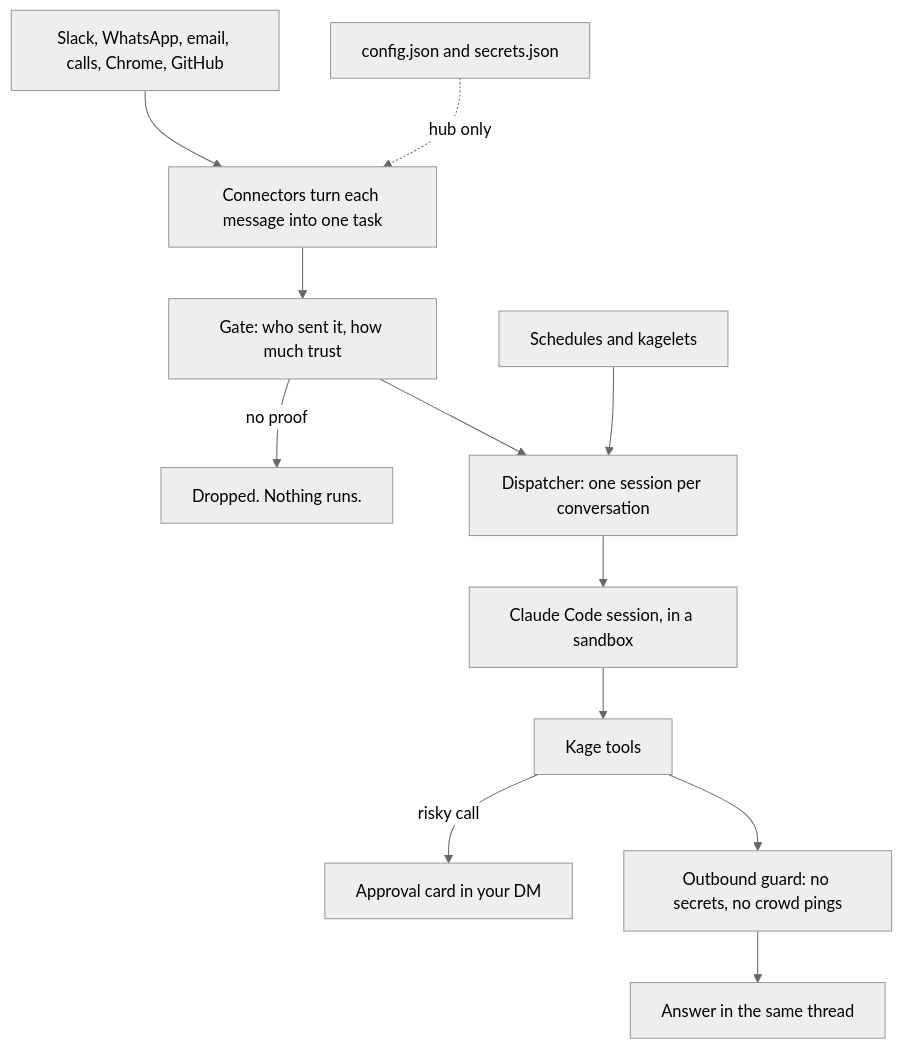
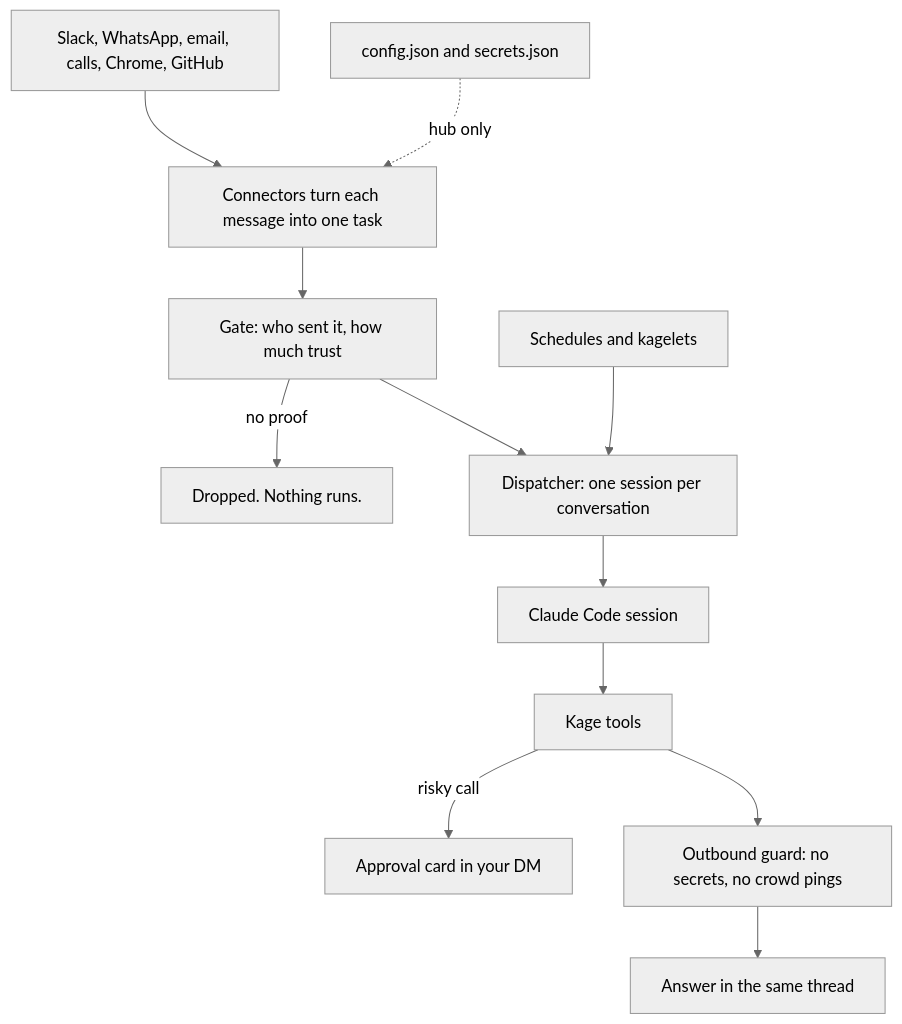
The diagram in docs/concepts/README.md (aloki-alok/kage), drawn with Mermaid (neutral theme) before and after one commit. The commit also changed other lines of this file and 17 other files, not shown here.

````diff
--- a/docs/concepts/README.md
+++ b/docs/concepts/README.md
@@ -1,15 +1,15 @@
 ```mermaid
 flowchart TD
   IN["Slack, WhatsApp, email, calls, Chrome, GitHub"]:::door
   IN --> CN["Connectors turn each message into one task"]
   CN --> GT["Gate: who sent it, how much trust"]
   GT -->|no proof| X["Dropped. Nothing runs."]
   GT --> DS["Dispatcher: one session per conversation"]
   SC["Schedules and kagelets"] --> DS
-  DS --> SE["Claude Code session, in a sandbox"]
+  DS --> SE["Claude Code session"]
   SE --> TL["Kage tools"]
   TL -->|risky call| AP["Approval card in your DM"]:::you
   TL --> OB["Outbound guard: no secrets, no crowd pings"]
   OB --> BACK["Answer in the same thread"]:::door
   CF["config.json and secrets.json"]:::key -.->|hub only| CN
 ```
````
